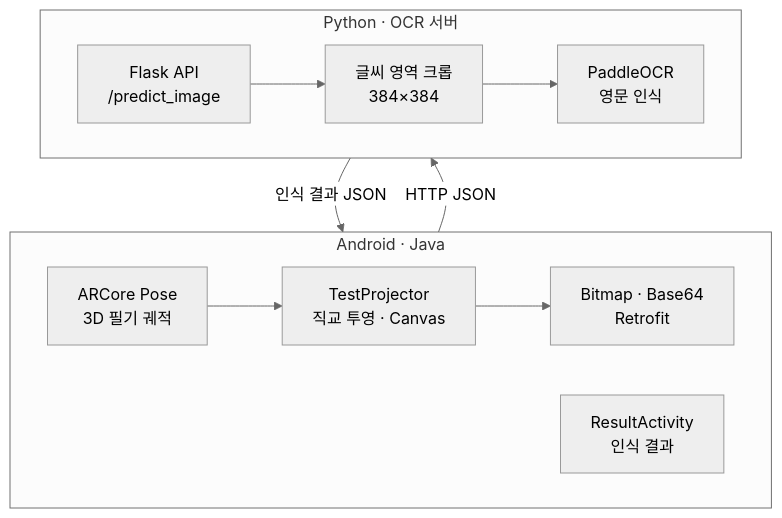
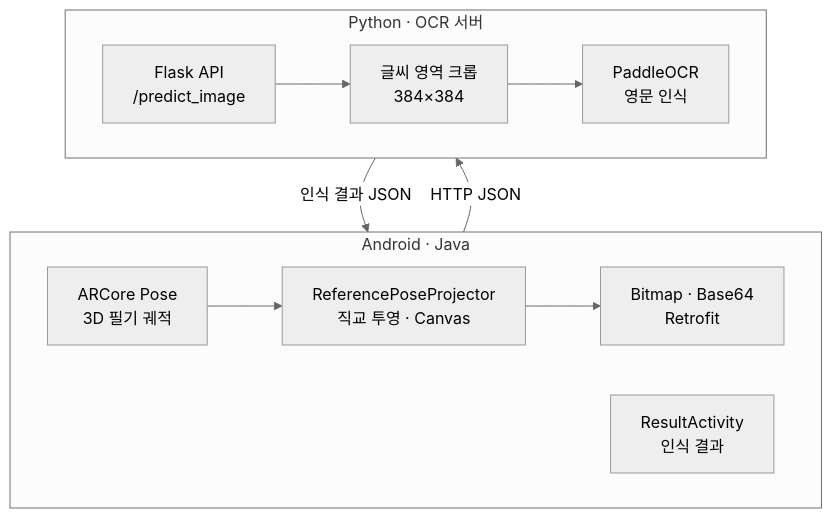
The first of 2 diagrams in docs/architecture.md (scr08212/air-drawing), drawn with Mermaid (neutral theme) before and after one commit. The commit also changed other lines of this file and 2 other files, not shown here.

````diff
--- a/docs/architecture.md
+++ b/docs/architecture.md
@@ -9,16 +9,16 @@
 ```mermaid
 flowchart TB
     subgraph Mobile["Android · Java"]
         direction LR
-        A["ARCore Pose<br/>3D 필기 궤적"] --> B["TestProjector<br/>직교 투영 · Canvas"]
+        A["ARCore Pose<br/>3D 필기 궤적"] --> B["ReferencePoseProjector<br/>직교 투영 · Canvas"]
         B --> C["Bitmap · Base64<br/>Retrofit"]
         H["ResultActivity<br/>인식 결과"]
     end
     subgraph Backend["Python · OCR 서버"]
         direction LR
         D["Flask API<br/>/predict_image"] --> E["글씨 영역 크롭<br/>384×384"]
         E --> F["PaddleOCR<br/>영문 인식"]
     end
     C -->|"HTTP JSON"| D
     F -->|"인식 결과 JSON"| H
 ```
````
